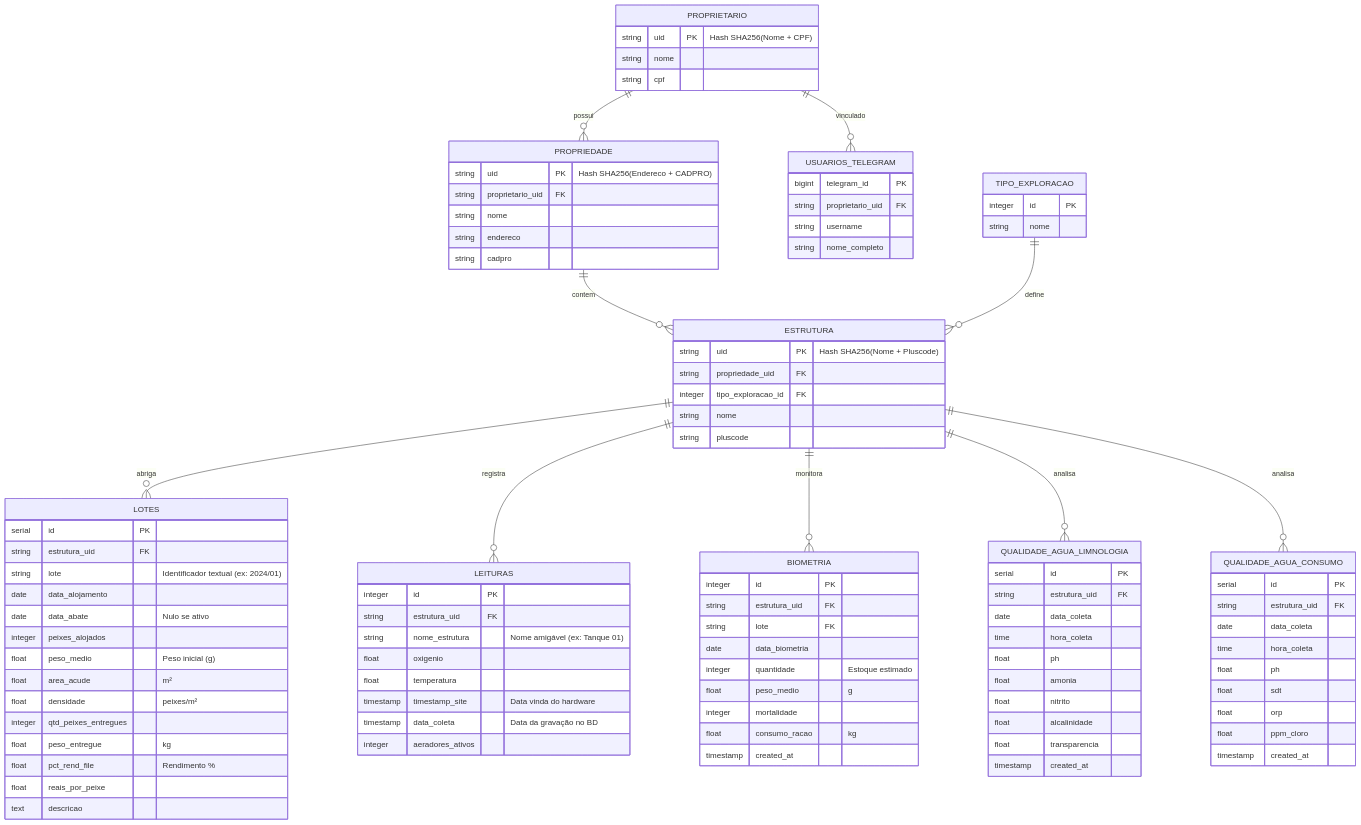
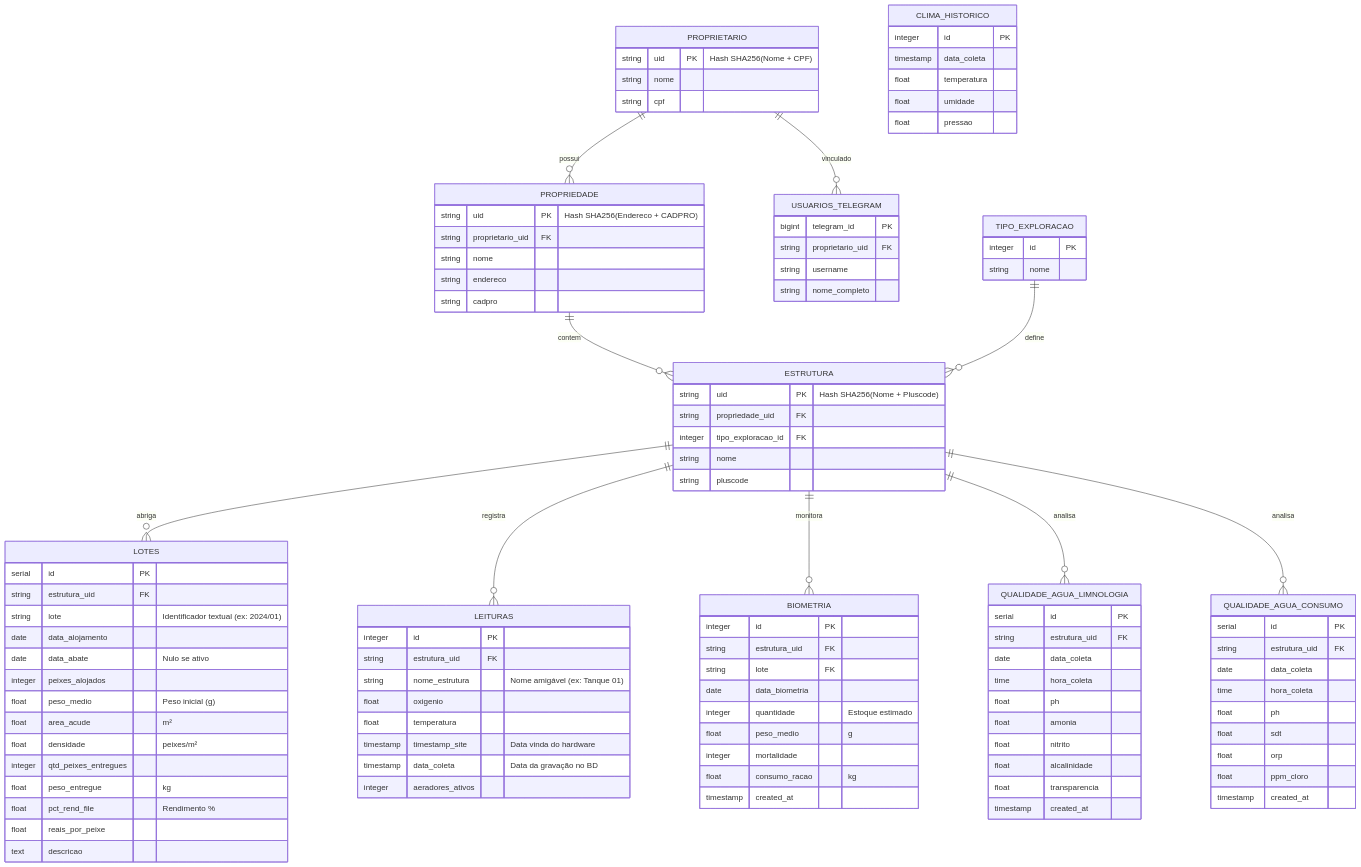
Before and after one commit to brunocorisco86/generalsystemscraping: the diagram in docs/MER.md, drawn with Mermaid. The commit also changed other lines of this file and 10 other files, not shown here.

```diff
--- a/docs/MER.md
+++ b/docs/MER.md
@@ -15,6 +15,14 @@
     ESTRUTURA ||--o{ BIOMETRIA : monitora
     ESTRUTURA ||--o{ QUALIDADE_AGUA_LIMNOLOGIA : analisa
     ESTRUTURA ||--o{ QUALIDADE_AGUA_CONSUMO : analisa
+
+    CLIMA_HISTORICO {
+        integer id PK
+        timestamp data_coleta
+        float temperatura
+        float umidade
+        float pressao
+    }
 
     PROPRIETARIO {
         string uid PK "Hash SHA256(Nome + CPF)"
```
